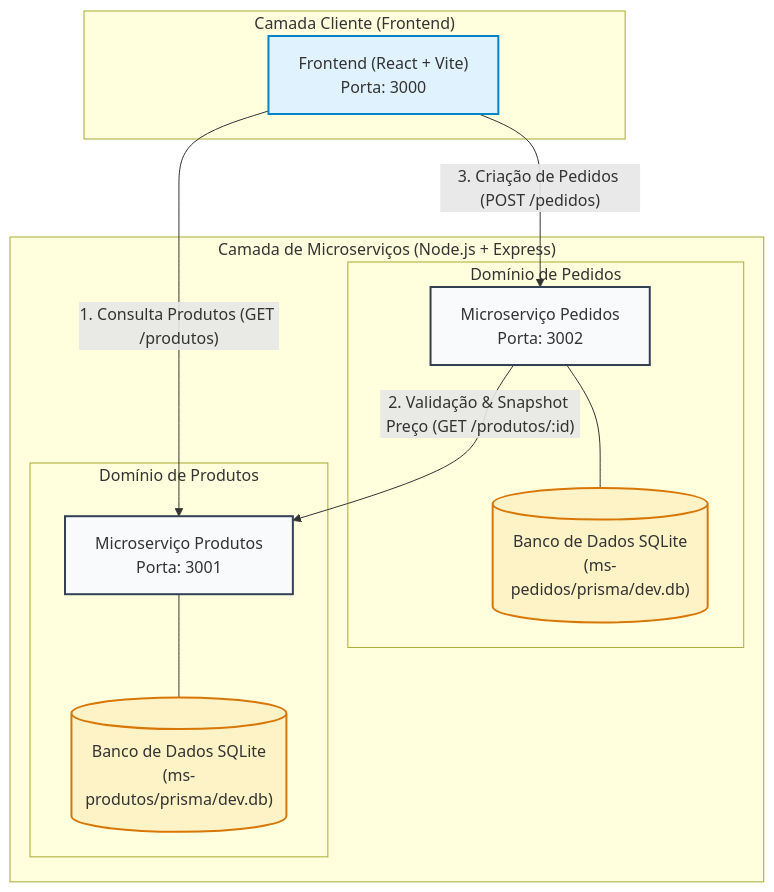
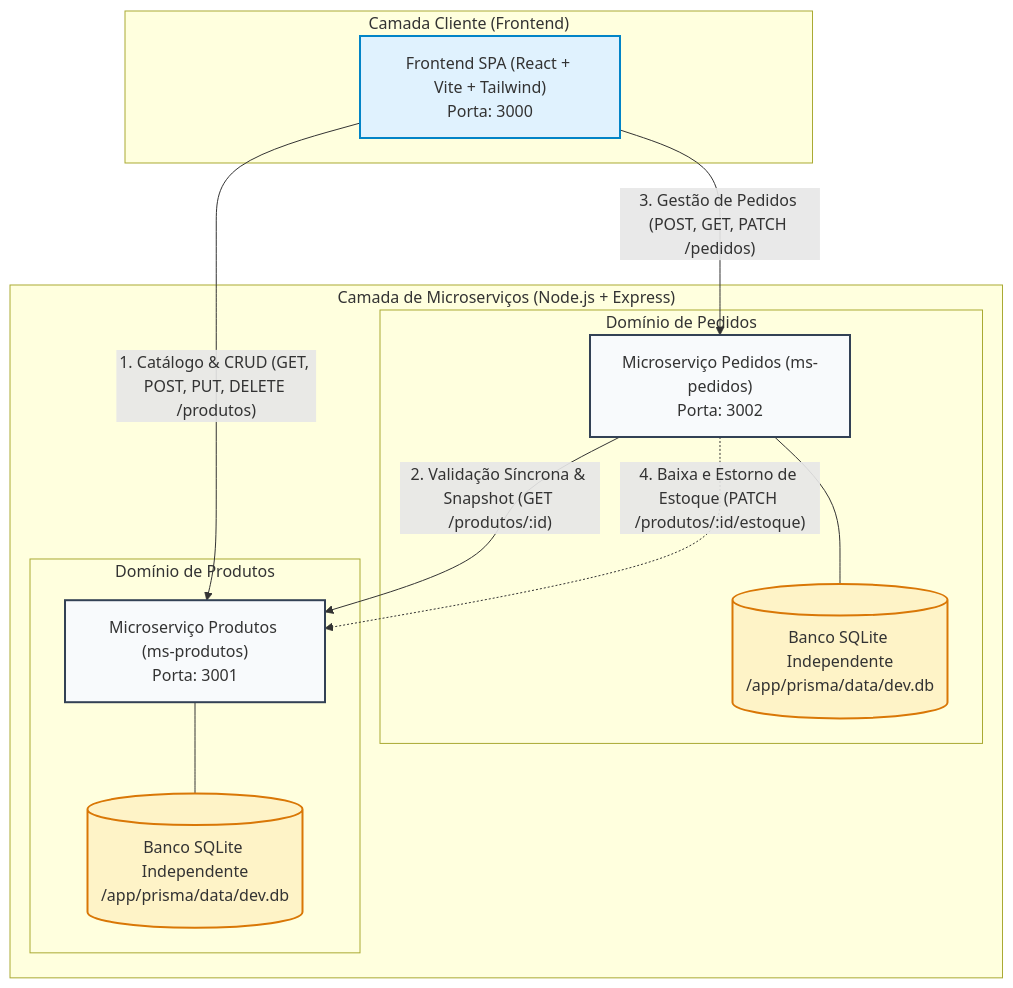
One commit to Vlade908/dsw3-microservicos changed the diagram in README.md. Above: the diagram before and after it, drawn with Mermaid. The commit also changed other lines of this file and 28 other files, not shown here.

````diff
--- a/README.md
+++ b/README.md
@@ -26,32 +28,33 @@
 ```mermaid
 flowchart TD
     subgraph CamadaCliente["Camada Cliente (Frontend)"]
-        SPA["Frontend (React + Vite)<br/>Porta: 3000"]
+        SPA["Frontend SPA (React + Vite + Tailwind)<br/>Porta: 3000"]
     end
 
     subgraph CamadaMicroservicos["Camada de Microserviços (Node.js + Express)"]
         subgraph DominioPedidos["Domínio de Pedidos"]
-            MS_PED["Microserviço Pedidos<br/>Porta: 3002"]
-            DB_PED[("Banco de Dados SQLite<br/>(ms-pedidos/prisma/dev.db)")]
+            MS_PED["Microserviço Pedidos (ms-pedidos)<br/>Porta: 3002"]
+            DB_PED[("Banco SQLite Independente<br/>/app/prisma/data/dev.db")]
             MS_PED --- DB_PED
         end
 
         subgraph DominioProdutos["Domínio de Produtos"]
-            MS_PROD["Microserviço Produtos<br/>Porta: 3001"]
-            DB_PROD[("Banco de Dados SQLite<br/>(ms-produtos/prisma/dev.db)")]
+            MS_PROD["Microserviço Produtos (ms-produtos)<br/>Porta: 3001"]
+            DB_PROD[("Banco SQLite Independente<br/>/app/prisma/data/dev.db")]
             MS_PROD --- DB_PROD
         end
     end
 
-    SPA -->|"1. Consulta Produtos (GET /produtos)"| MS_PROD
-    SPA -->|"3. Criação de Pedidos (POST /pedidos)"| MS_PED
-    MS_PED -->|"2. Validação & Snapshot Preço (GET /produtos/:id)"| MS_PROD
+    SPA -->|"1. Catálogo & CRUD (GET, POST, PUT, DELETE /produtos)"| MS_PROD
+    SPA -->|"3. Gestão de Pedidos (POST, GET, PATCH /pedidos)"| MS_PED
+    MS_PED -->|"2. Validação Síncrona & Snapshot (GET /produtos/:id)"| MS_PROD
+    MS_PED -.->|"4. Baixa e Estorno de Estoque (PATCH /produtos/:id/estoque)"| MS_PROD
 
     classDef client fill:#e0f2fe,stroke:#0284c7,stroke-width:2px;
     classDef ms fill:#f8fafc,stroke:#334155,stroke-width:2px;
     classDef db fill:#fef3c7,stroke:#d97706,stroke-width:2px;
 
     class SPA client;
     class MS_PED,MS_PROD ms;
     class DB_PED,DB_PROD db;
 ```
````
